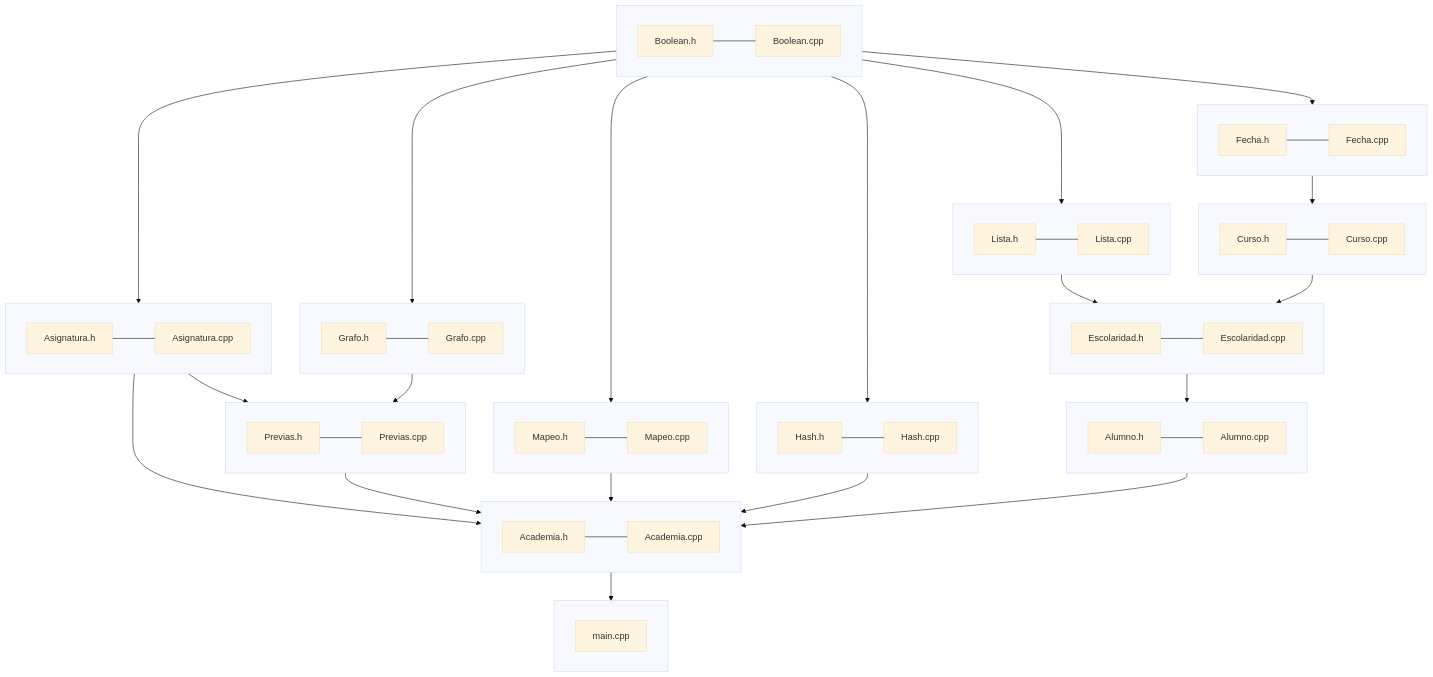
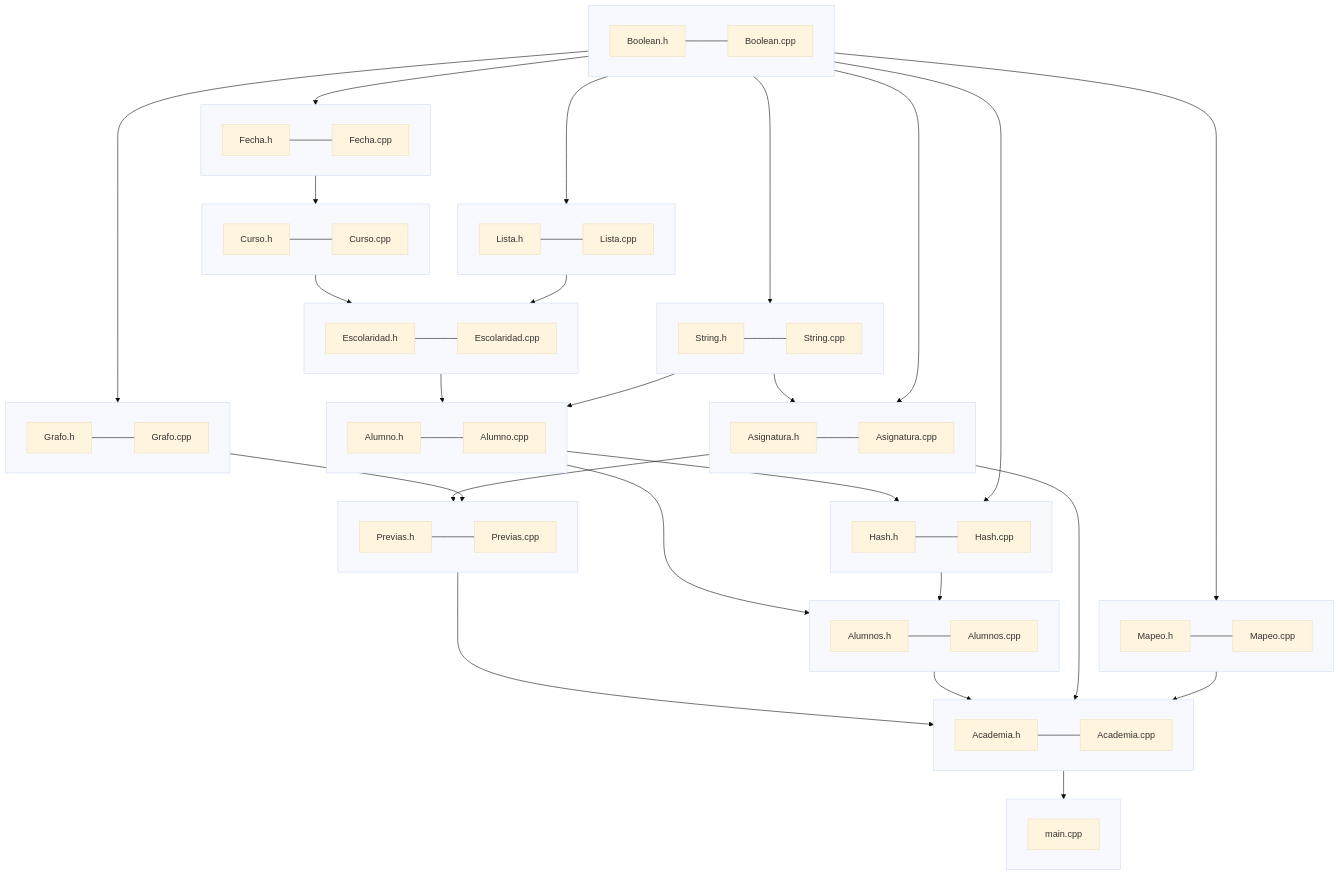
One commit to matiasmirenda/ObligatorioP3UDE changed the diagram in docs/Modulos.md. Above: the diagram before and after it, drawn with Mermaid (base theme). The commit also changed 30 other files, not shown here.

````diff
--- a/docs/Modulos.md
+++ b/docs/Modulos.md
@@ -4,6 +4,11 @@
 subgraph Boolean[" "]
     direction LR
     BooleanH["Boolean.h"] --- BooleanCPP["Boolean.cpp"]
+end
+
+subgraph String[" "]
+    direction LR
+    StringH["String.h"] --- StringCPP["String.cpp"]
 end
 
 subgraph Fecha[" "]
@@ -51,6 +56,11 @@
     AlumnoH["Alumno.h"] --- AlumnoCPP["Alumno.cpp"]
 end
 
+subgraph Alumnos[" "]
+    direction LR
+    AlumnosH["Alumnos.h"] --- AlumnosCPP["Alumnos.cpp"]
+end
+
 subgraph Previas[" "]
     direction LR
     PreviasH["Previas.h"] --- PreviasCPP["Previas.cpp"]
@@ -66,13 +76,14 @@
     MainCPP["main.cpp"]
 end
 
+BooleanH --> StringH
 BooleanH --> FechaH
-
 BooleanH --> ListaH
 BooleanH --> HashH
 BooleanH --> MapeoH
 BooleanH --> GrafoH
 
+StringH --> AsignaturaH
 BooleanH --> AsignaturaH
 
 FechaH --> CursoH
@@ -80,16 +91,20 @@
 ListaH --> EscolaridadH
 CursoH --> EscolaridadH
 
+StringH --> AlumnoH
 EscolaridadH --> AlumnoH
+
+AlumnoH --> HashH
+HashH --> AlumnosH
+AlumnoH --> AlumnosH
 
 GrafoH --> PreviasH
 AsignaturaH --> PreviasH
 
-AlumnoH --> AcademiaH
+MapeoH --> AcademiaH
+AlumnosH --> AcademiaH
+PreviasH --> AcademiaH
 AsignaturaH --> AcademiaH
-PreviasH --> AcademiaH
-HashH --> AcademiaH
-MapeoH --> AcademiaH
 
 AcademiaH --> MainCPP
 ```
````
